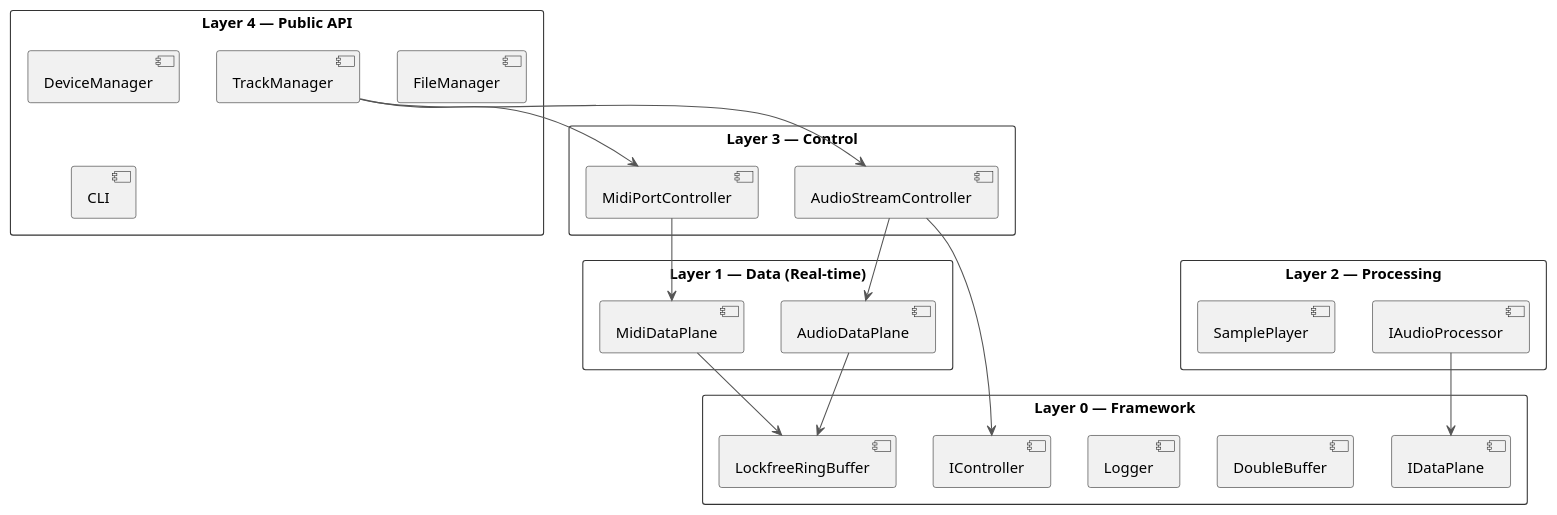
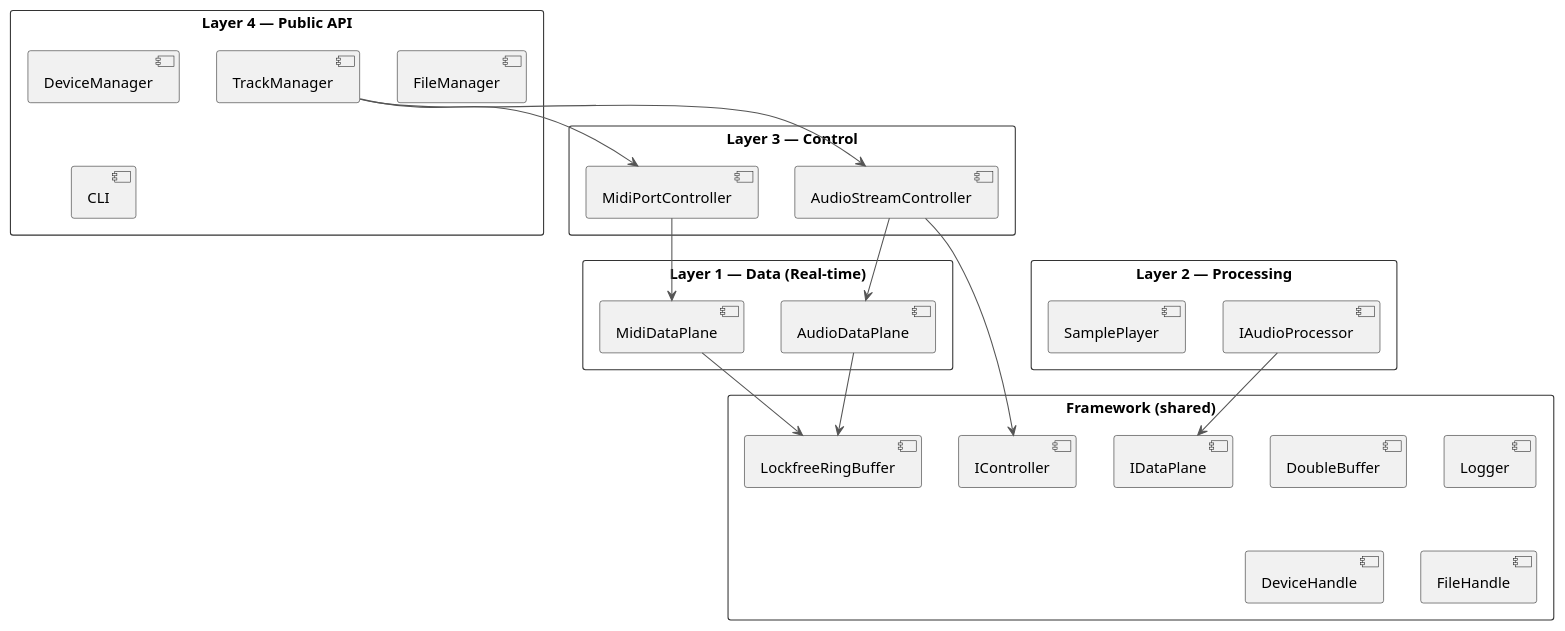
The first of 2 diagrams in .github/prompts/review-architecture.prompt.md (aidan-clyens/miniaudioengine), drawn with PlantUML before and after one commit. The commit also changed other lines of this file and 17 other files, not shown here.

Commit message:
Remove shared library and convert framework to a shared layer

````diff
--- a/.github/prompts/review-architecture.prompt.md
+++ b/.github/prompts/review-architecture.prompt.md
@@ -87,47 +87,49 @@
 ```plantuml
 @startuml architecture
 skinparam packageStyle rectangle
 skinparam ArrowColor #555555
 skinparam PackageBorderColor #333333
 
 package "Layer 4 — Public API" {
   [TrackManager]
   [DeviceManager]
   [FileManager]
   [CLI]
 }
 
 package "Layer 3 — Control" {
   [AudioStreamController]
   [MidiPortController]
 }
 
 package "Layer 2 — Processing" {
   [IAudioProcessor]
   [SamplePlayer]
 }
 
 package "Layer 1 — Data (Real-time)" {
   [AudioDataPlane]
   [MidiDataPlane]
 }
 
-package "Layer 0 — Framework" {
+package "Framework (shared)" {
   [LockfreeRingBuffer]
   [DoubleBuffer]
   [Logger]
   [IController]
   [IDataPlane]
+  [DeviceHandle]
+  [FileHandle]
 }
 
 [TrackManager] --> [AudioStreamController]
 [TrackManager] --> [MidiPortController]
 [AudioStreamController] --> [AudioDataPlane]
 [MidiPortController] --> [MidiDataPlane]
 [AudioDataPlane] --> [LockfreeRingBuffer]
 [MidiDataPlane] --> [LockfreeRingBuffer]
 [AudioStreamController] --> [IController]
 [IAudioProcessor] --> [IDataPlane]
 
 @enduml
 ```
````
